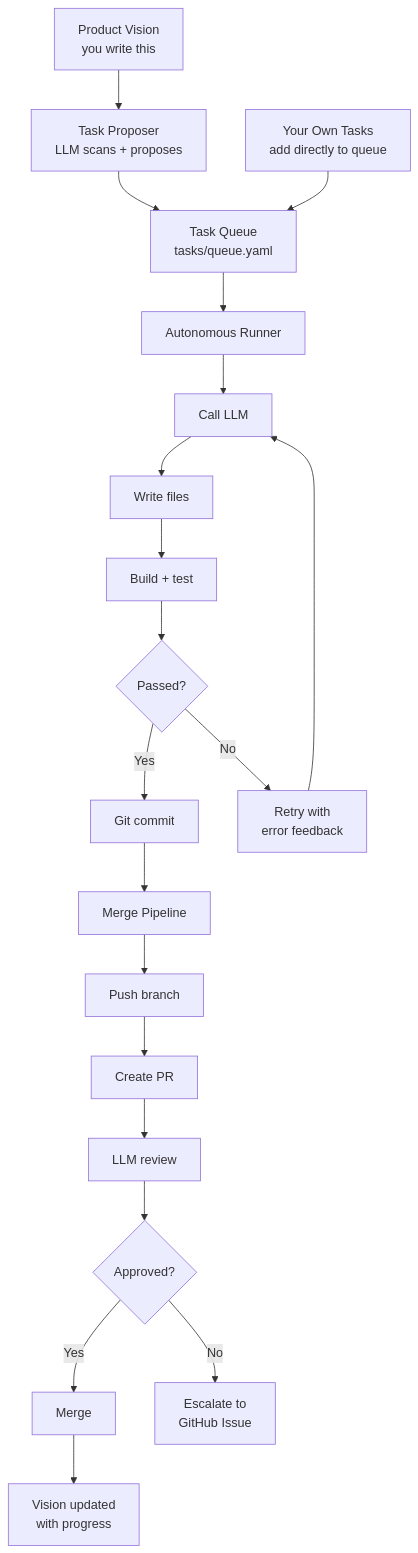
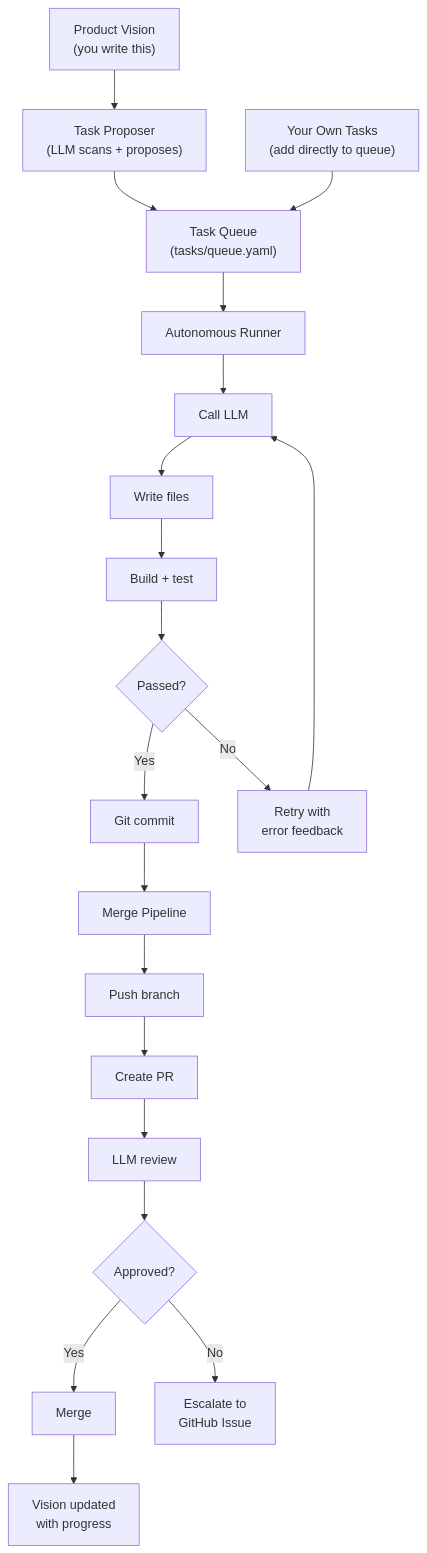
Before and after one commit to 8co/opentangl: the first of 2 diagrams in README.md, drawn with Mermaid. The commit also changed other lines of this file, not shown here.

Commit message:
Fix Mermaid diagram rendering for GitHub
Use double quotes and <br/> for multi-line node labels instead of
\n which renders as literal text. Use pipe syntax for edge labels.

````diff
--- a/README.md
+++ b/README.md
@@ -100,27 +100,27 @@
 ```mermaid
 flowchart TD
-    A[Product Vision\nyou write this] --> B[Task Proposer\nLLM scans + proposes]
-    B --> C[Task Queue\ntasks/queue.yaml]
-    U[Your Own Tasks\nadd directly to queue] --> C
+    A["Product Vision<br/>(you write this)"] --> B["Task Proposer<br/>(LLM scans + proposes)"]
+    B --> C["Task Queue<br/>(tasks/queue.yaml)"]
+    U["Your Own Tasks<br/>(add directly to queue)"] --> C
 
-    C --> D[Autonomous Runner]
+    C --> D["Autonomous Runner"]
 
-    D --> D1[Call LLM]
-    D1 --> D2[Write files]
-    D2 --> D3[Build + test]
-    D3 --> D4{Passed?}
-    D4 -- Yes --> D5[Git commit]
-    D4 -- No --> D6[Retry with\nerror feedback]
+    D --> D1["Call LLM"]
+    D1 --> D2["Write files"]
+    D2 --> D3["Build + test"]
+    D3 --> D4{"Passed?"}
+    D4 -->|Yes| D5["Git commit"]
+    D4 -->|No| D6["Retry with<br/>error feedback"]
     D6 --> D1
 
-    D5 --> E[Merge Pipeline]
+    D5 --> E["Merge Pipeline"]
 
-    E --> E1[Push branch]
-    E1 --> E2[Create PR]
-    E2 --> E3[LLM review]
-    E3 --> E4{Approved?}
-    E4 -- Yes --> E5[Merge]
-    E4 -- No --> E6[Escalate to\nGitHub Issue]
+    E --> E1["Push branch"]
+    E1 --> E2["Create PR"]
+    E2 --> E3["LLM review"]
+    E3 --> E4{"Approved?"}
+    E4 -->|Yes| E5["Merge"]
+    E4 -->|No| E6["Escalate to<br/>GitHub Issue"]
 
-    E5 --> F[Vision updated\nwith progress]
+    E5 --> F["Vision updated<br/>with progress"]
 ```
````
